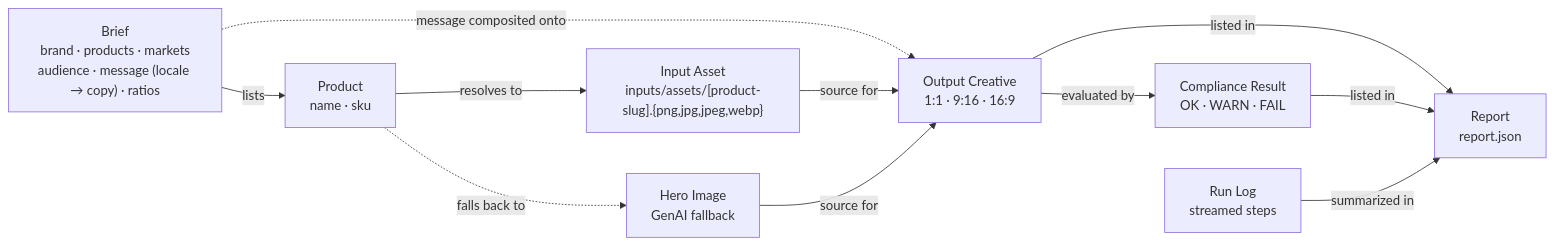
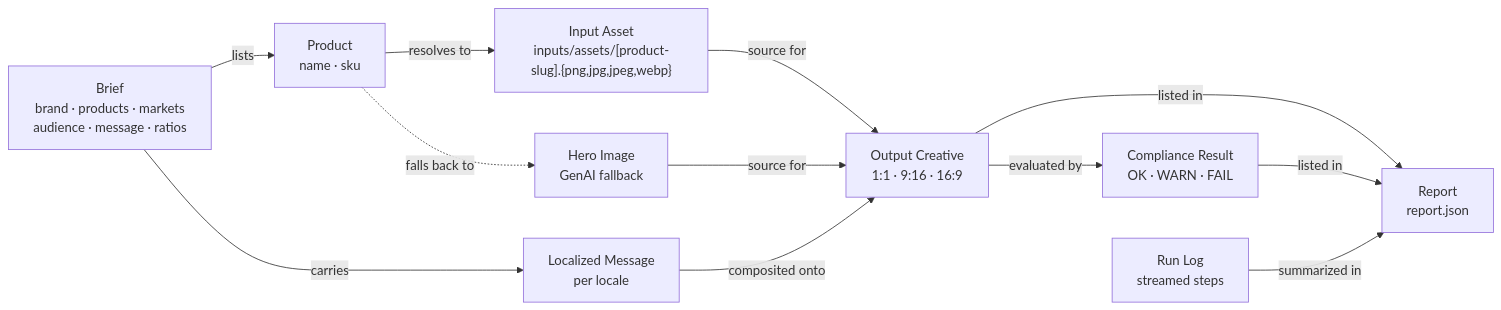
One commit to arndvs/cast changed the first of 5 diagrams in docs/system-map.md. Above: the diagram before and after it, drawn with Mermaid. The commit also changed other lines of this file and 3 other files, not shown here.

````diff
--- a/docs/system-map.md
+++ b/docs/system-map.md
@@ -13,22 +13,24 @@
 ```mermaid
 graph LR
-    Brief["Brief<br/>brand · products · markets<br/>audience · message (locale → copy) · ratios"]
+    Brief["Brief<br/>brand · products · markets<br/>audience · message · ratios"]
     Product["Product<br/>name · sku"]
     InputAsset["Input Asset<br/>inputs/assets/[product-slug].{png,jpg,jpeg,webp}"]
     HeroImage["Hero Image<br/>GenAI fallback"]
     Creative["Output Creative<br/>1:1 · 9:16 · 16:9"]
+    Message["Localized Message<br/>per locale"]
     Compliance["Compliance Result<br/>OK · WARN · FAIL"]
     RunLog["Run Log<br/>streamed steps"]
     Report["Report<br/>report.json"]
 
     Brief -->|lists| Product
-    Brief -.->|message composited onto| Creative
+    Brief -->|carries| Message
     Product -->|resolves to| InputAsset
     Product -.->|falls back to| HeroImage
     InputAsset -->|source for| Creative
     HeroImage -->|source for| Creative
+    Message -->|composited onto| Creative
     Creative -->|evaluated by| Compliance
     Creative -->|listed in| Report
     Compliance -->|listed in| Report
     RunLog -->|summarized in| Report
 ```
````
